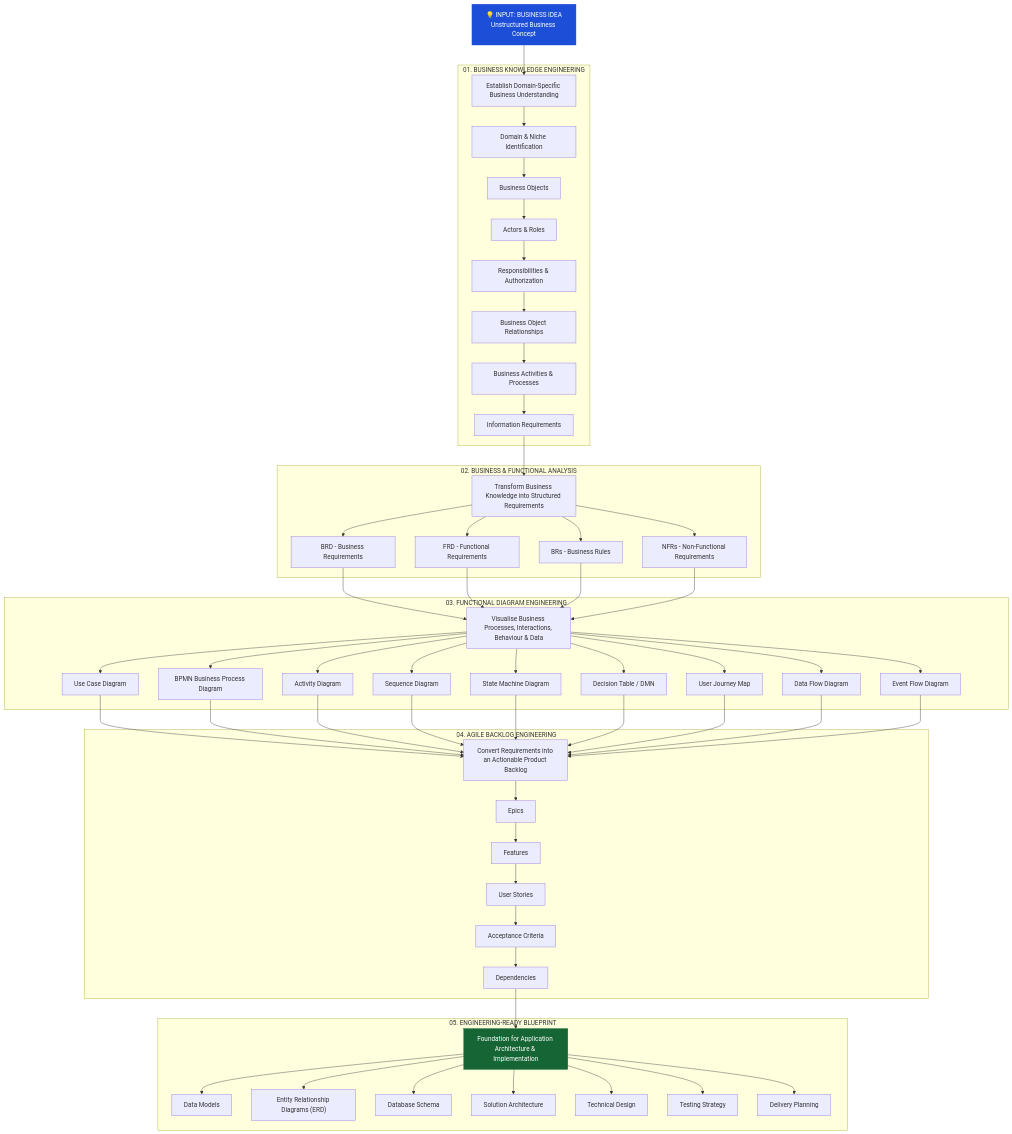
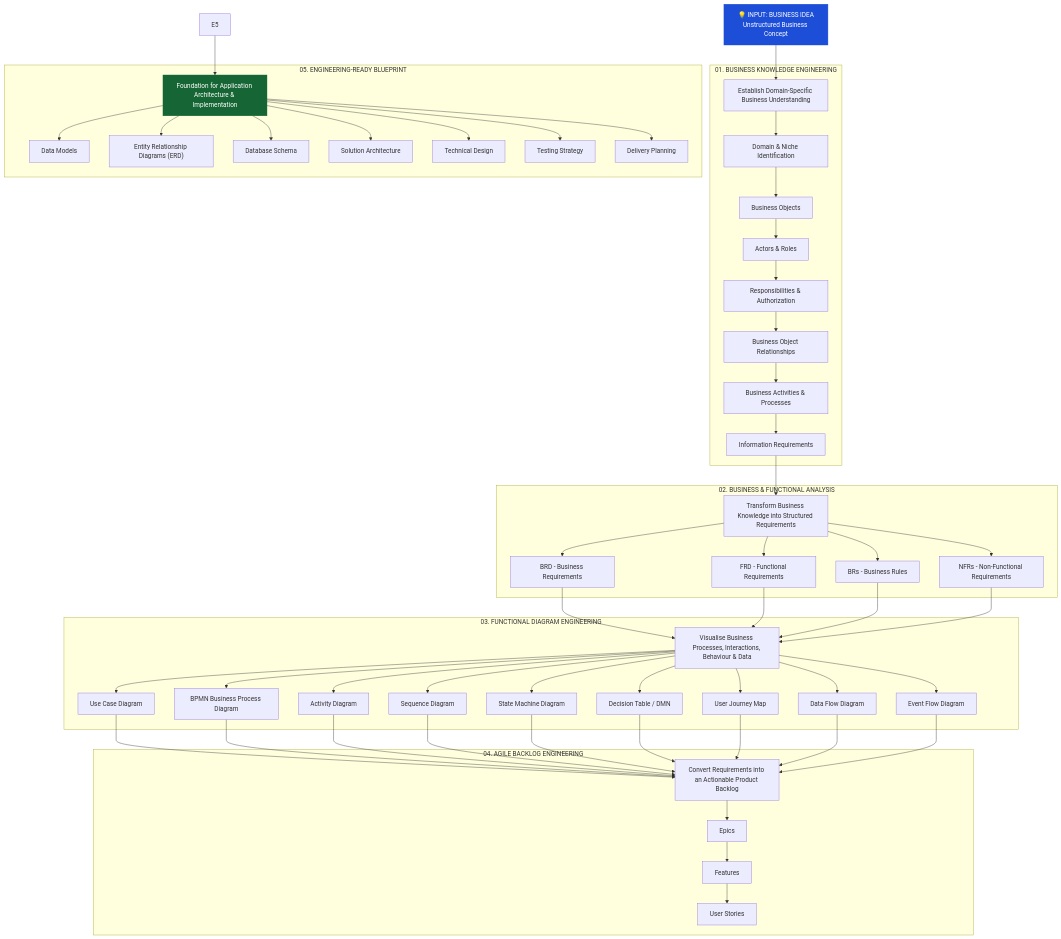
Before and after one commit to matt212/Domain-Agnostic-Application-Engineering-Platform: the first of 2 diagrams in readme.MD, drawn with Mermaid.

Commit message:
wip content update

````diff
--- a/readme.MD
+++ b/readme.MD
@@ -203,80 +203,79 @@
 ```mermaid
 flowchart TD
     A["💡 INPUT: BUSINESS IDEA<br/>Unstructured Business Concept"]
 
     A --> B
 
     subgraph S1["01. BUSINESS KNOWLEDGE ENGINEERING"]
         B["Establish Domain-Specific Business Understanding"]
         B --> B1["Domain & Niche Identification"]
         B1 --> B2["Business Objects"]
         B2 --> B3["Actors & Roles"]
         B3 --> B4["Responsibilities & Authorization"]
         B4 --> B5["Business Object Relationships"]
         B5 --> B6["Business Activities & Processes"]
         B6 --> B7["Information Requirements"]
     end
 
     B7 --> C
 
     subgraph S2["02. BUSINESS & FUNCTIONAL ANALYSIS"]
         C["Transform Business Knowledge into Structured Requirements"]
         C --> C1["BRD - Business Requirements"]
         C --> C2["FRD - Functional Requirements"]
         C --> C3["BRs - Business Rules"]
         C --> C4["NFRs - Non-Functional Requirements"]
     end
 
     C1 --> D
     C2 --> D
     C3 --> D
     C4 --> D
 
     subgraph S3["03. FUNCTIONAL DIAGRAM ENGINEERING"]
         D["Visualise Business Processes, Interactions, Behaviour & Data"]
         D --> D1["Use Case Diagram"]
         D --> D2["BPMN Business Process Diagram"]
         D --> D3["Activity Diagram"]
         D --> D4["Sequence Diagram"]
         D --> D5["State Machine Diagram"]
         D --> D6["Decision Table / DMN"]
         D --> D7["User Journey Map"]
         D --> D8["Data Flow Diagram"]
         D --> D9["Event Flow Diagram"]
     end
 
     D1 --> E
     D2 --> E
     D3 --> E
     D4 --> E
     D5 --> E
     D6 --> E
     D7 --> E
     D8 --> E
     D9 --> E
 
     subgraph S4["04. AGILE BACKLOG ENGINEERING"]
         E["Convert Requirements into an Actionable Product Backlog"]
         E --> E1["Epics"]
         E1 --> E2["Features"]
         E2 --> E3["User Stories"]
-        E3 --> E4["Acceptance Criteria"]
-        E4 --> E5["Dependencies"]
+       
     end
 
     E5 --> F
 
     subgraph S5["05. ENGINEERING-READY BLUEPRINT"]
         F["Foundation for Application Architecture & Implementation"]
         F --> F1["Data Models"]
         F --> F2["Entity Relationship Diagrams (ERD)"]
         F --> F3["Database Schema"]
         F --> F4["Solution Architecture"]
         F --> F5["Technical Design"]
         F --> F6["Testing Strategy"]
         F --> F7["Delivery Planning"]
     end
 
     style A fill:#1d4ed8,color:#fff,stroke:#1d4ed8
     style F fill:#166534,color:#fff,stroke:#166534
 ```
````
